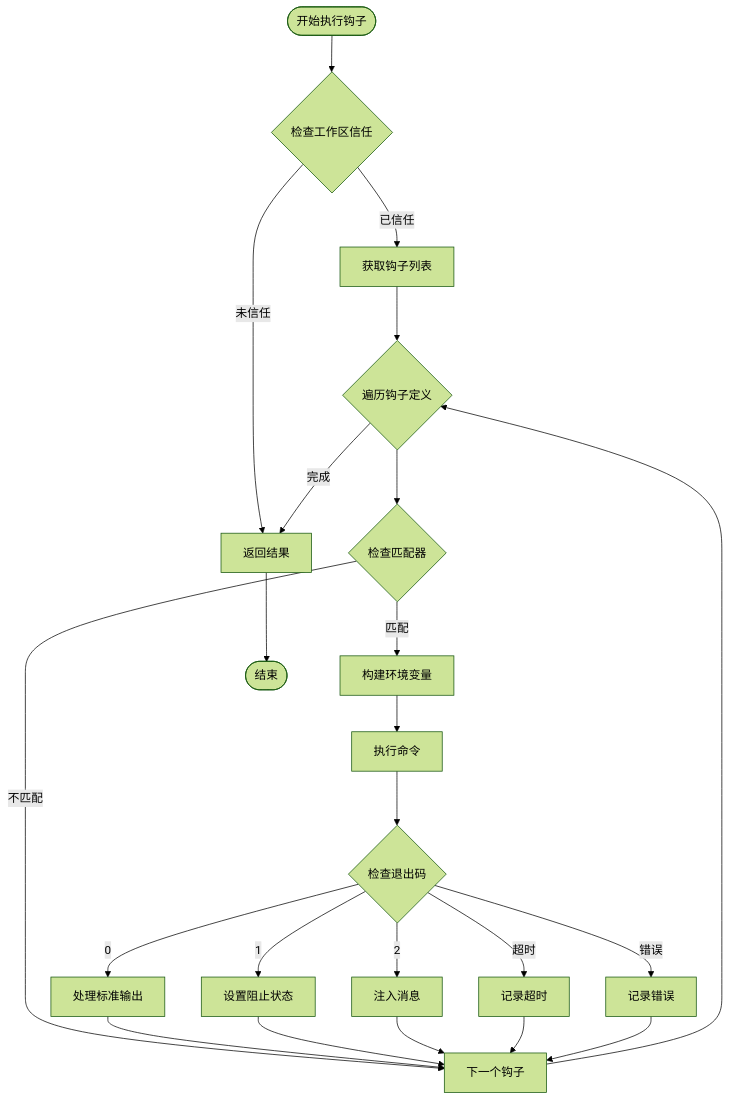
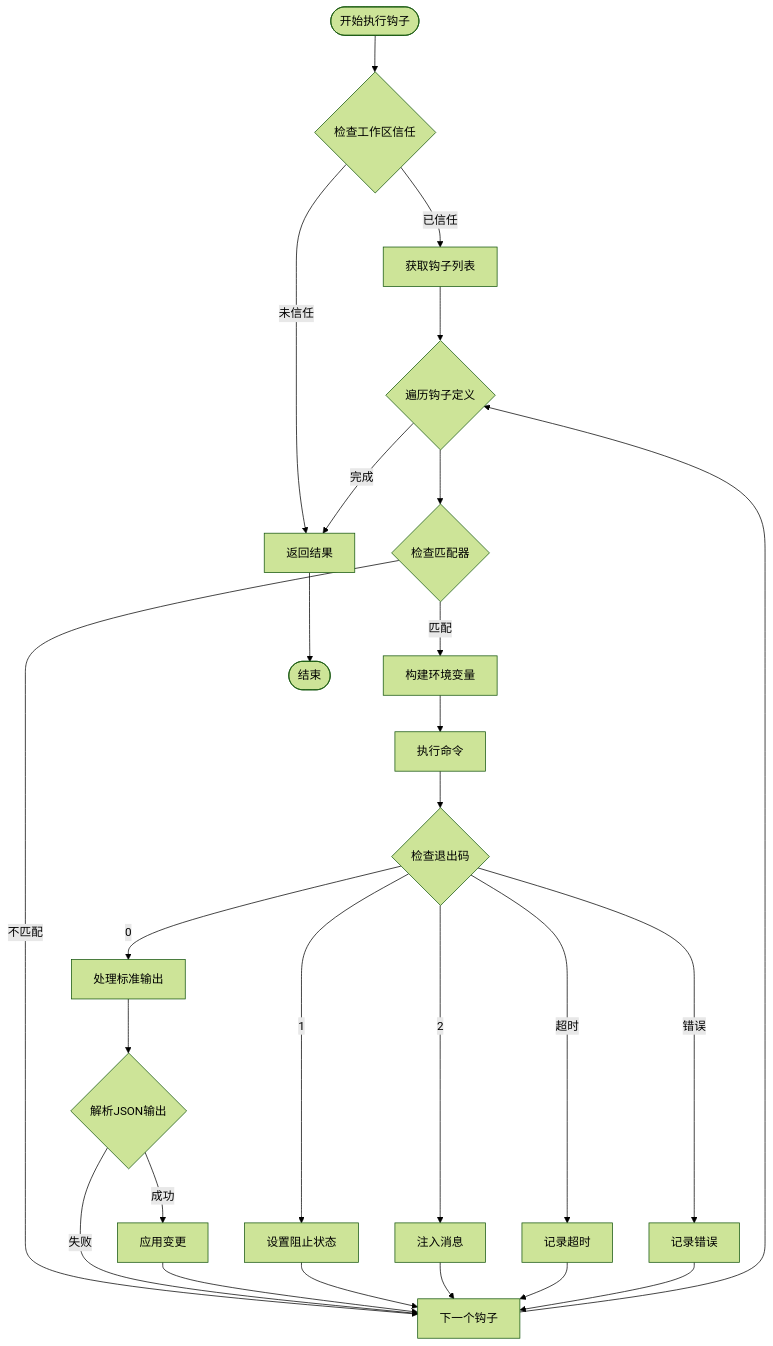
One commit to eurekaYYzero/Mini-Claude-Code changed the fourth of 9 diagrams in .qoder/repowiki/zh/content/核心功能详解/钩子系统.md. Above: the diagram before and after it, drawn with Mermaid (forest theme). The commit also changed other lines of this file and 27 other files, not shown here.

````diff
--- a/.qoder/repowiki/zh/content/核心功能详解/钩子系统.md
+++ b/.qoder/repowiki/zh/content/核心功能详解/钩子系统.md
@@ -184,25 +220,28 @@
 ```mermaid
 flowchart TD
 Start([开始执行钩子]) --> CheckTrust{检查工作区信任}
 CheckTrust --> |未信任| ReturnResult[返回空结果]
 CheckTrust --> |已信任| GetHooks[获取钩子列表]
 GetHooks --> LoopHooks{遍历钩子定义}
 LoopHooks --> CheckMatcher{检查匹配器}
 CheckMatcher --> |不匹配| NextHook[下一个钩子]
 CheckMatcher --> |匹配| BuildEnv[构建环境变量]
 BuildEnv --> ExecCommand[执行命令]
 ExecCommand --> StatusCheck{检查退出码}
 StatusCheck --> |0| ProcessStdout[处理标准输出]
 StatusCheck --> |1| SetBlocked[设置阻止状态]
 StatusCheck --> |2| InjectMessage[注入消息]
 StatusCheck --> |超时| LogTimeout[记录超时]
 StatusCheck --> |错误| LogError[记录错误]
-ProcessStdout --> NextHook
+ProcessStdout --> ParseJSON{解析JSON输出}
+ParseJSON --> |成功| ApplyChanges[应用变更]
+ParseJSON --> |失败| NextHook
+ApplyChanges --> NextHook
 SetBlocked --> NextHook
 InjectMessage --> NextHook
 LogTimeout --> NextHook
 LogError --> NextHook
 NextHook --> LoopHooks
 LoopHooks --> |完成| ReturnResult[返回结果]
 ReturnResult --> End([结束])
 ```
````
